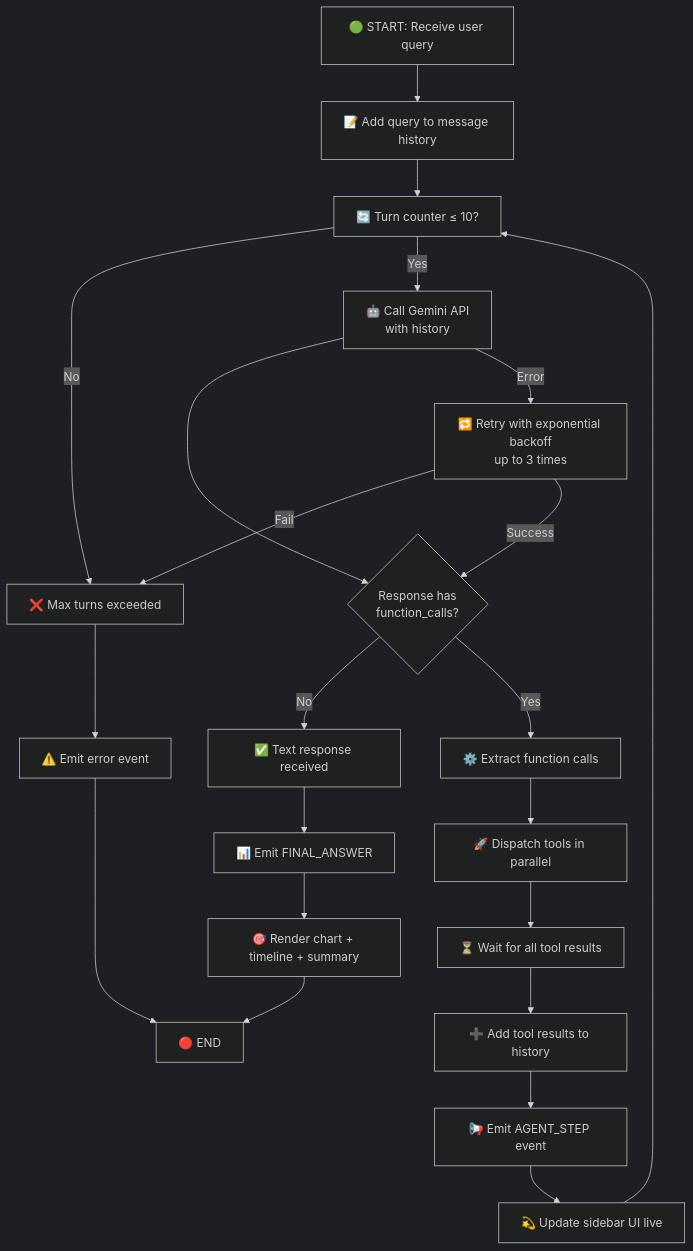
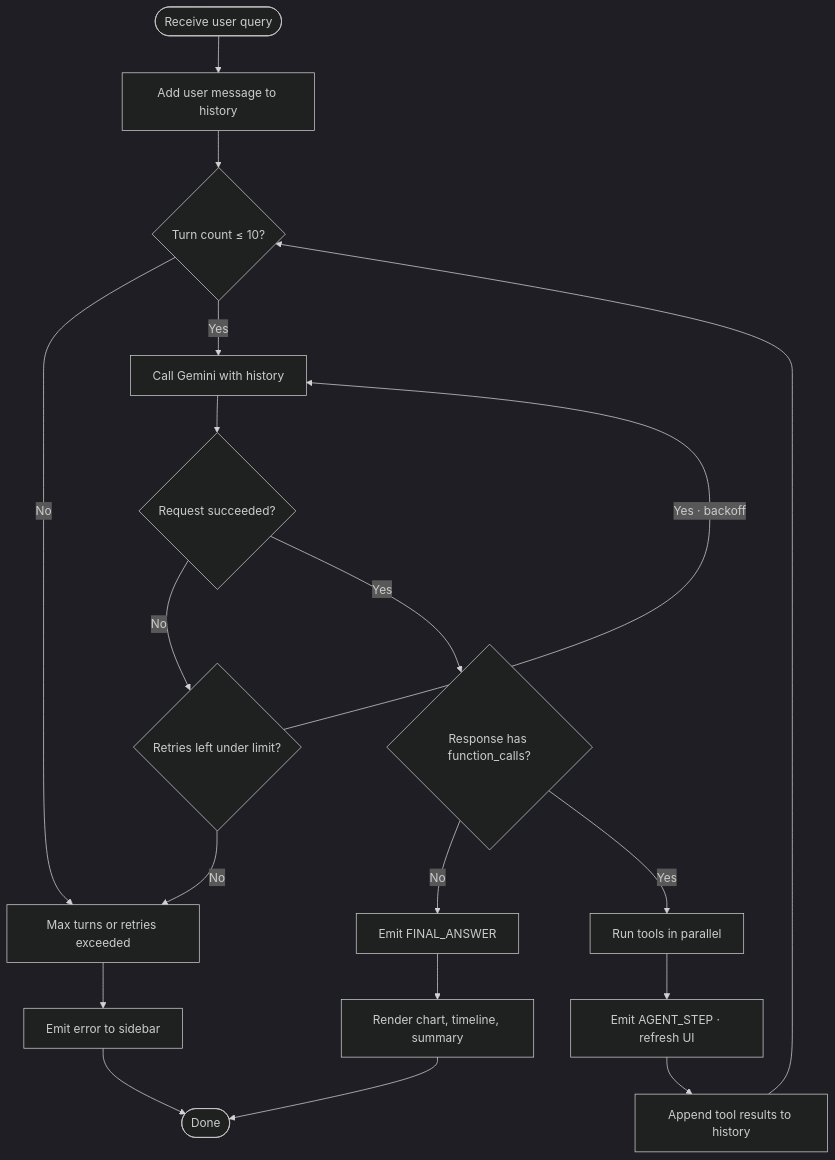
One commit to mkthoma/stockpulse changed the second of 2 diagrams in README.md. Above: the diagram before and after it, drawn with Mermaid (dark theme). The commit also changed other lines of this file and 1 other file, not shown here.

````diff
--- a/README.md
+++ b/README.md
@@ -236,24 +227,21 @@
 ```mermaid
-flowchart TD
-    A["🟢 START: Receive user query"] --> B["📝 Add query to message history"]
-    B --> C["🔄 Turn counter ≤ 10?"]
-    C -->|No| D["❌ Max turns exceeded"]
-    C -->|Yes| E["🤖 Call Gemini API<br/>with history"]
-    E --> F{Response has<br/>function_calls?}
-    F -->|No| G["✅ Text response received"]
-    G --> H["📊 Emit FINAL_ANSWER"]
-    H --> I["🎯 Render chart + timeline + summary"]
-    I --> J["🔴 END"]
-    F -->|Yes| K["⚙️ Extract function calls"]
-    K --> L["🚀 Dispatch tools in parallel"]
-    L --> M["⏳ Wait for all tool results"]
-    M --> N["➕ Add tool results to history"]
-    N --> O["📢 Emit AGENT_STEP event"]
-    O --> P["💫 Update sidebar UI live"]
-    P --> C
-    D --> Q["⚠️ Emit error event"]
-    Q --> J
-    E -->|Error| R["🔁 Retry with exponential backoff<br/>up to 3 times"]
-    R -->|Fail| D
-    R -->|Success| F
+flowchart TB
+    START([Receive user query]) --> HIST[Add user message to history]
+    HIST --> TURN{Turn count ≤ 10?}
+    TURN -->|No| MAX[Max turns or retries exceeded]
+    TURN -->|Yes| CALL[Call Gemini with history]
+    CALL --> OKAPI{Request succeeded?}
+    OKAPI -->|No| RETRY{Retries left under limit?}
+    RETRY -->|Yes · backoff| CALL
+    RETRY -->|No| MAX
+    OKAPI -->|Yes| FC{Response has function_calls?}
+    FC -->|No| ANSWER[Emit FINAL_ANSWER]
+    ANSWER --> RENDER[Render chart, timeline, summary]
+    RENDER --> FIN([Done])
+    FC -->|Yes| TOOLS[Run tools in parallel]
+    TOOLS --> STEP[Emit AGENT_STEP · refresh UI]
+    STEP --> MERGE[Append tool results to history]
+    MERGE --> TURN
+    MAX --> ERR[Emit error to sidebar]
+    ERR --> FIN
 ```
````
